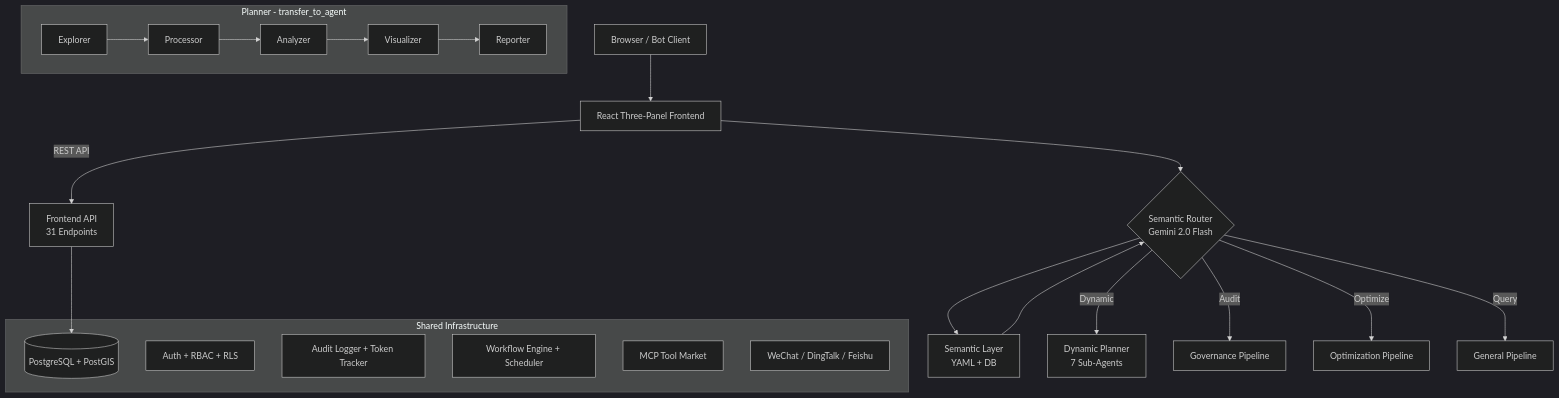
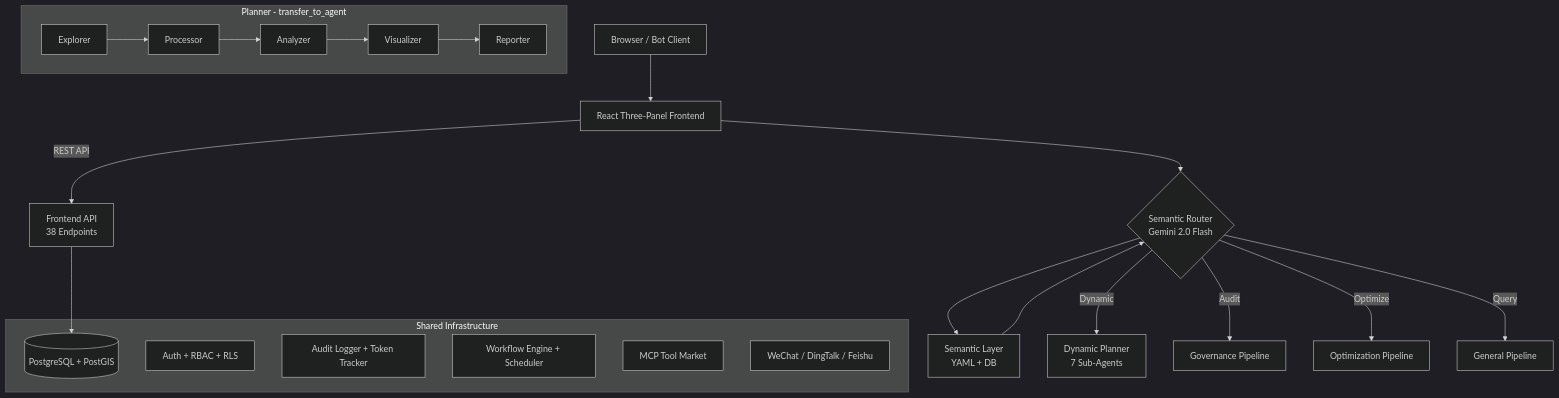
Before and after one commit to zhouning/gisdataagent: the diagram in README_en.md, drawn with Mermaid (dark theme). The commit also changed other lines of this file and 1 other file, not shown here.

````diff
--- a/README_en.md
+++ b/README_en.md
@@ -60,28 +60,28 @@
 ```mermaid
 graph TD
     User["Browser / Bot Client"] --> FE["React Three-Panel Frontend"]
     FE --> Router{"Semantic Router<br/>Gemini 2.0 Flash"}
     Router --> SL["Semantic Layer<br/>YAML + DB"]
     SL --> Router
 
     Router --"Dynamic"--> Planner["Dynamic Planner<br/>7 Sub-Agents"]
     Router --"Audit"--> Gov["Governance Pipeline"]
     Router --"Optimize"--> Opt["Optimization Pipeline"]
     Router --"Query"--> Gen["General Pipeline"]
 
     subgraph PlannerSub ["Planner - transfer_to_agent"]
         PE["Explorer"] --> PP["Processor"] --> PA["Analyzer"] --> PV["Visualizer"] --> PR["Reporter"]
     end
 
     subgraph Infra ["Shared Infrastructure"]
         DB[("PostgreSQL + PostGIS")]
         Auth["Auth + RBAC + RLS"]
         Audit["Audit Logger + Token Tracker"]
         WF["Workflow Engine + Scheduler"]
         MCP["MCP Tool Market"]
         Bots["WeChat / DingTalk / Feishu"]
     end
 
-    FE --"REST API"--> FAPI["Frontend API<br/>31 Endpoints"]
+    FE --"REST API"--> FAPI["Frontend API<br/>38 Endpoints"]
     FAPI --> DB
 ```
````
